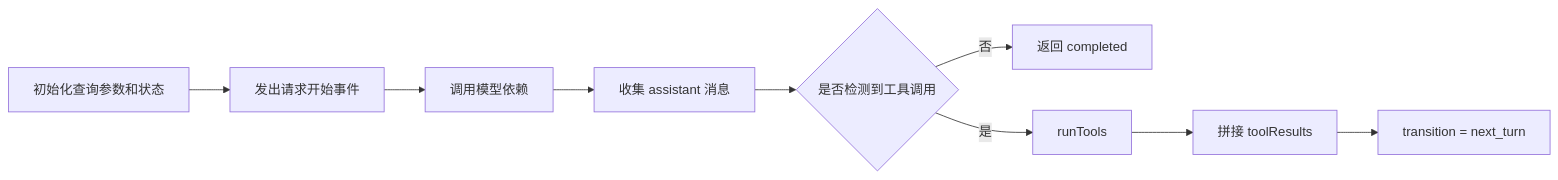
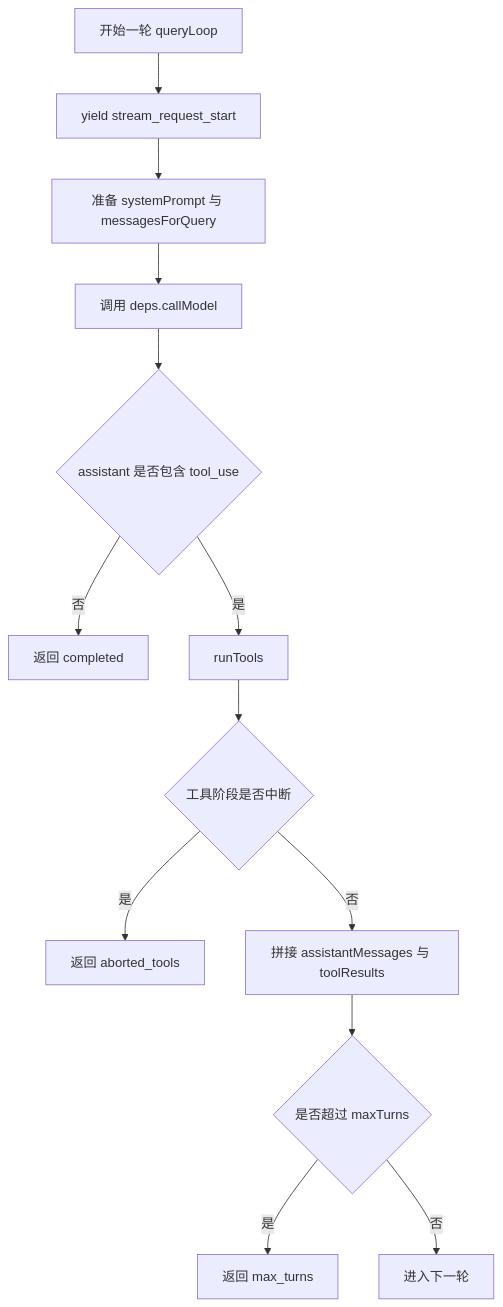
One commit to friendlyhank/claude-code-annotated changed the diagram in notes/reviews/03-query-engine-layer.md. Above: the diagram before and after it, drawn with Mermaid. The commit also changed other lines of this file and 8 other files, not shown here.

````diff
--- a/notes/reviews/03-query-engine-layer.md
+++ b/notes/reviews/03-query-engine-layer.md
@@ -18,11 +45,15 @@
 ```mermaid
-flowchart LR
-    Start[初始化查询参数和状态] --> Request[发出请求开始事件]
-    Request --> Call[调用模型依赖]
-    Call --> Collect[收集 assistant 消息]
-    Collect --> Decide{是否检测到工具调用}
-    Decide -->|否| Done[返回 completed]
-    Decide -->|是| Tools[runTools]
-    Tools --> Merge[拼接 toolResults]
-    Merge --> Next[transition = next_turn]
+flowchart TD
+    A[开始一轮 queryLoop] --> B[yield stream_request_start]
+    B --> C[准备 systemPrompt 与 messagesForQuery]
+    C --> D[调用 deps.callModel]
+    D --> E{assistant 是否包含 tool_use}
+    E -->|否| F[返回 completed]
+    E -->|是| G[runTools]
+    G --> H{工具阶段是否中断}
+    H -->|是| I[返回 aborted_tools]
+    H -->|否| J[拼接 assistantMessages 与 toolResults]
+    J --> K{是否超过 maxTurns}
+    K -->|是| L[返回 max_turns]
+    K -->|否| M[进入下一轮]
 ```
````
